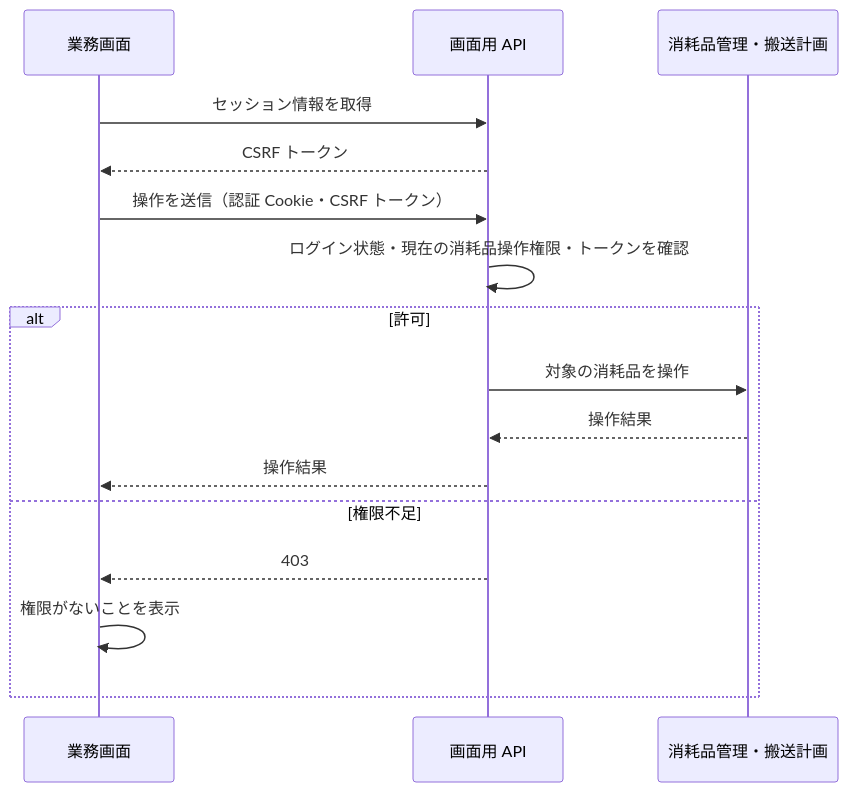
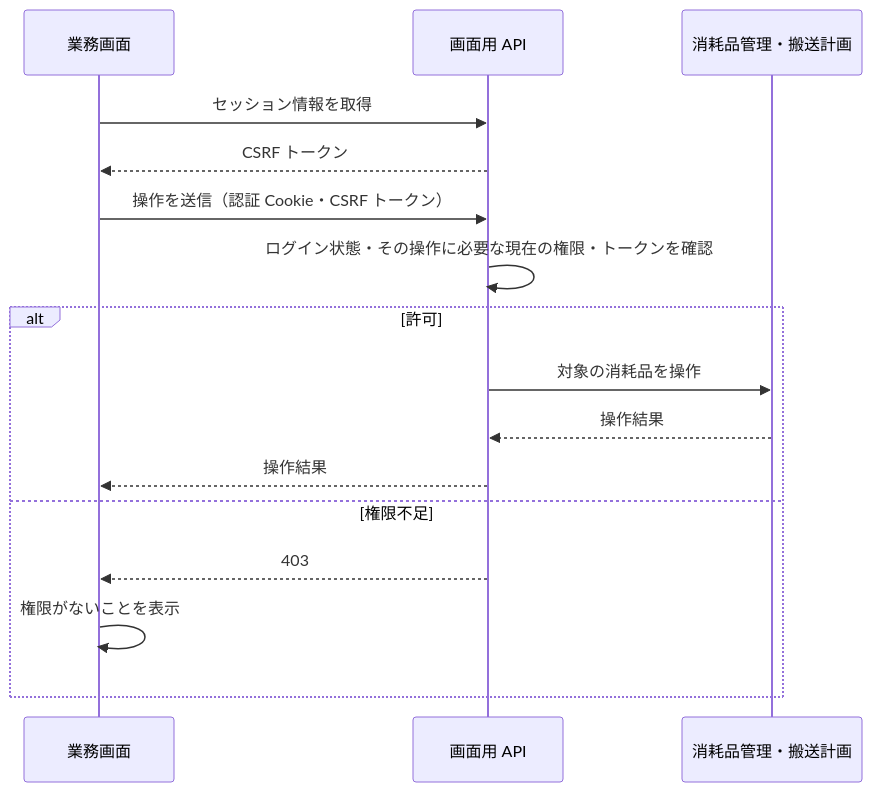
Before and after one commit to kkobaoh/flow-hub: diagram 13 of 16 in docs/development.md, drawn with Mermaid. The commit also changed other lines of this file and 6 other files, not shown here.

````diff
--- a/docs/development.md
+++ b/docs/development.md
@@ -304,18 +304,18 @@
 ```mermaid
 sequenceDiagram
     participant UI as 業務画面
     participant API as 画面用 API
     participant Service as 消耗品管理・搬送計画
     UI->>API: セッション情報を取得
     API-->>UI: CSRF トークン
     UI->>API: 操作を送信（認証 Cookie・CSRF トークン）
-    API->>API: ログイン状態・現在の消耗品操作権限・トークンを確認
+    API->>API: ログイン状態・その操作に必要な現在の権限・トークンを確認
     alt 許可
         API->>Service: 対象の消耗品を操作
         Service-->>API: 操作結果
         API-->>UI: 操作結果
     else 権限不足
         API-->>UI: 403
         UI->>UI: 権限がないことを表示
     end
 ```
````
